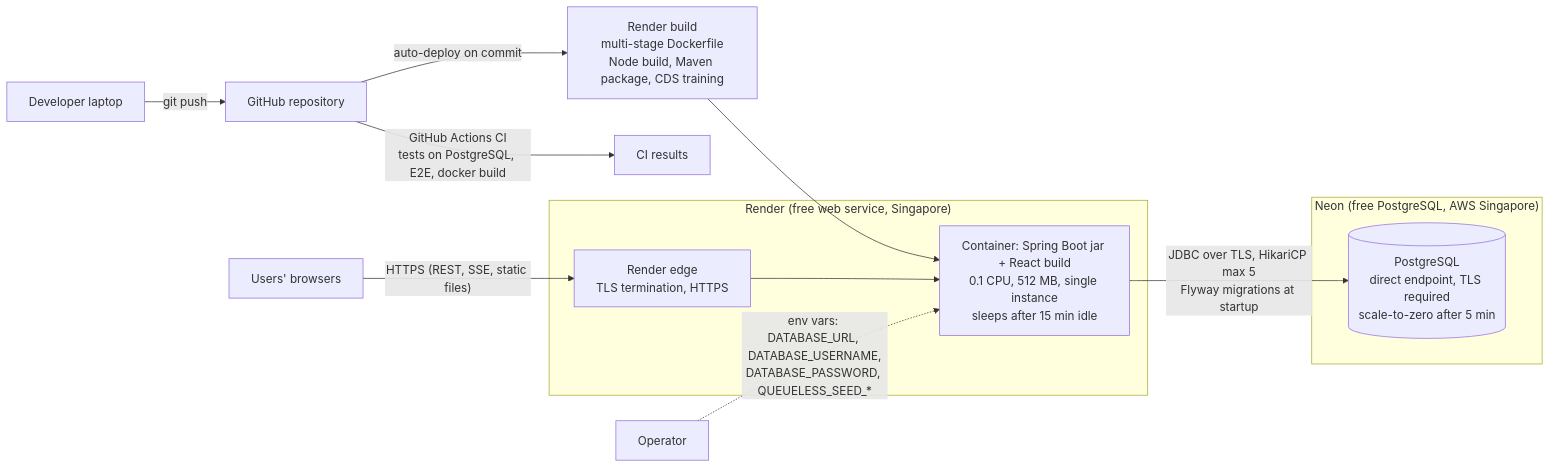
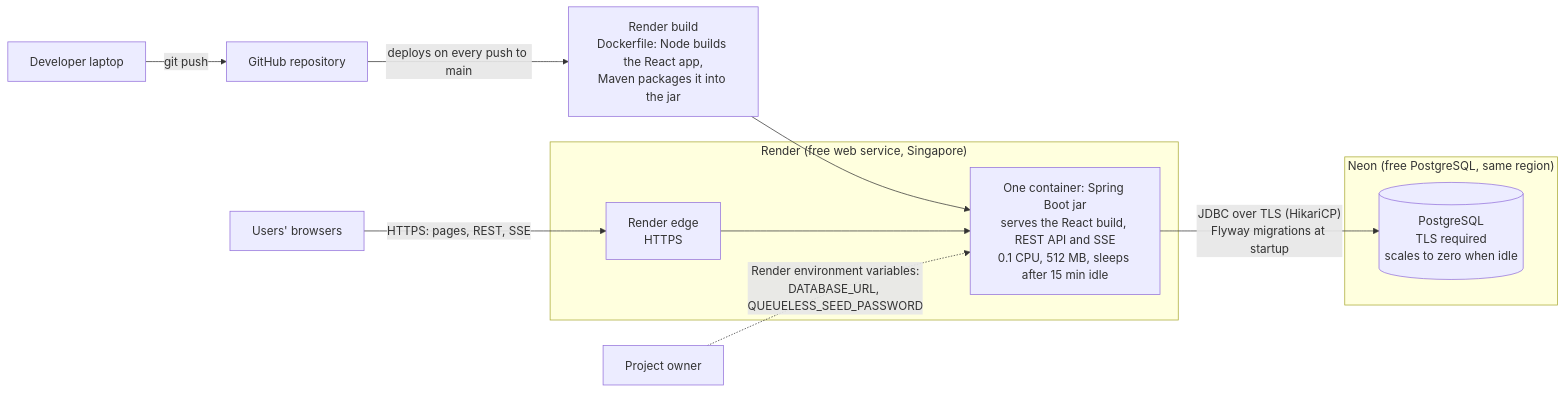
The seventh of 14 diagrams in docs/diagrams/README.md (Nikhilnmv/QueueLess), drawn with Mermaid before and after one commit. The commit also changed other lines of this file and 23 other files, not shown here.

First line of the commit message:
Add UML and data flow diagrams with PNG exports

````diff
--- a/docs/diagrams/README.md
+++ b/docs/diagrams/README.md
@@ -332,21 +334,20 @@
 ```mermaid
 flowchart LR
     Dev["Developer laptop"] -- "git push" --> GH["GitHub repository"]
-    GH -- "GitHub Actions CI<br/>tests on PostgreSQL, E2E, docker build" --> CI["CI results"]
-    GH -- "auto-deploy on commit" --> Build["Render build<br/>multi-stage Dockerfile<br/>Node build, Maven package, CDS training"]
+    GH -- "deploys on every push to main" --> Build["Render build<br/>Dockerfile: Node builds the React app,<br/>Maven packages it into the jar"]
     Build --> Svc
 
     subgraph Render["Render (free web service, Singapore)"]
-        Edge["Render edge<br/>TLS termination, HTTPS"]
-        Svc["Container: Spring Boot jar + React build<br/>0.1 CPU, 512 MB, single instance<br/>sleeps after 15 min idle"]
+        Edge["Render edge<br/>HTTPS"]
+        Svc["One container: Spring Boot jar<br/>serves the React build, REST API and SSE<br/>0.1 CPU, 512 MB, sleeps after 15 min idle"]
         Edge --> Svc
     end
 
-    subgraph Neon["Neon (free PostgreSQL, AWS Singapore)"]
-        PG[("PostgreSQL<br/>direct endpoint, TLS required<br/>scale-to-zero after 5 min")]
+    subgraph Neon["Neon (free PostgreSQL, same region)"]
+        PG[("PostgreSQL<br/>TLS required<br/>scales to zero when idle")]
     end
 
-    User["Users' browsers"] -- "HTTPS (REST, SSE, static files)" --> Edge
-    Svc -- "JDBC over TLS, HikariCP max 5<br/>Flyway migrations at startup" --> PG
-    Ops["Operator"] -. "env vars: DATABASE_URL, DATABASE_USERNAME,<br/>DATABASE_PASSWORD, QUEUELESS_SEED_*" .-> Svc
+    User["Users' browsers"] -- "HTTPS: pages, REST, SSE" --> Edge
+    Svc -- "JDBC over TLS (HikariCP)<br/>Flyway migrations at startup" --> PG
+    Owner["Project owner"] -. "Render environment variables:<br/>DATABASE_URL, QUEUELESS_SEED_PASSWORD" .-> Svc
 ```
````
